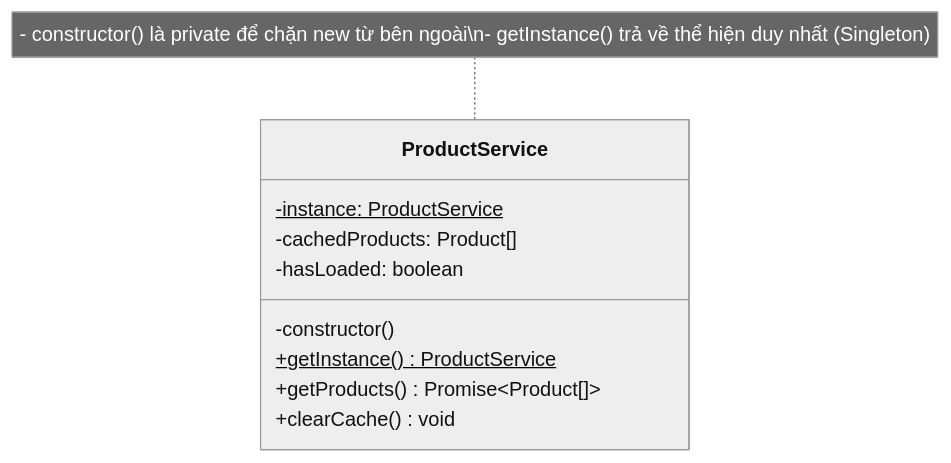
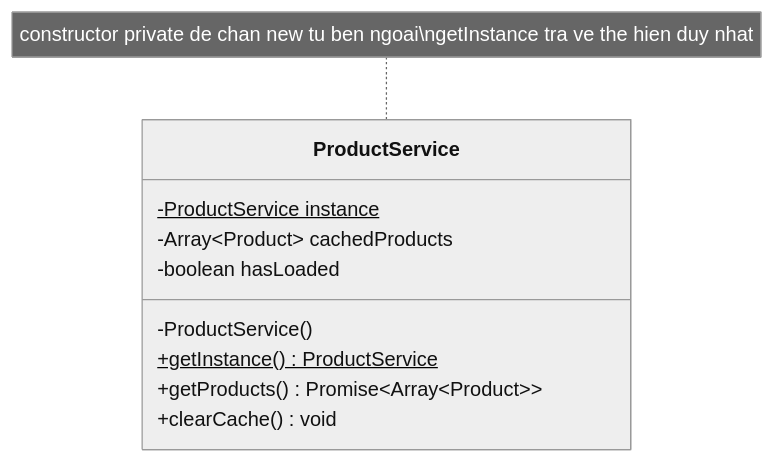
One commit to congphu97/dev-blog-client-2.0 changed the third of 12 diagrams in dev-blog-client/docs/DESIGN_PATTERNS_TYPESCRIPT.md. Above: the diagram before and after it, drawn with Mermaid (neutral theme). The commit also changed other lines of this file and 26 other files, not shown here.

````diff
--- a/dev-blog-client/docs/DESIGN_PATTERNS_TYPESCRIPT.md
+++ b/dev-blog-client/docs/DESIGN_PATTERNS_TYPESCRIPT.md
@@ -283,13 +283,13 @@
 ```mermaid
 classDiagram
     class ProductService {
-        -instance: ProductService$
-        -cachedProducts: Product[]
-        -hasLoaded: boolean
-        -constructor()
+        -ProductService instance$
+        -Array~Product~ cachedProducts
+        -boolean hasLoaded
+        -ProductService()
         +getInstance() ProductService$
-        +getProducts() Promise~Product[]~
+        +getProducts() Promise~Array~Product~~
         +clearCache() void
     }
-    note for ProductService "- constructor() là private để chặn new từ bên ngoài\n- getInstance() trả về thể hiện duy nhất (Singleton)"
+    note for ProductService "constructor private de chan new tu ben ngoai\ngetInstance tra ve the hien duy nhat"
 ```
````
